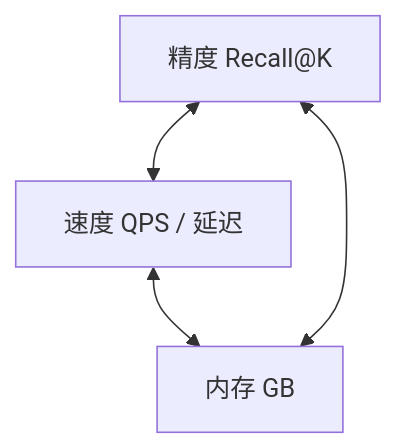
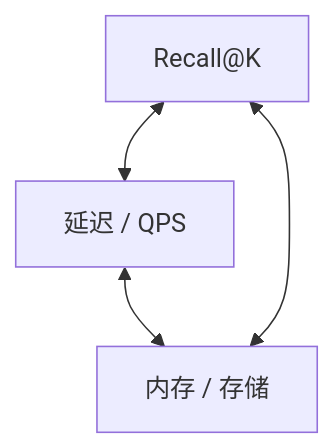
Before and after one commit to wolf-wolf/ai-tell-ai: the first of 3 diagrams in docs/algorithms/ann.md, drawn with Mermaid. The commit also changed other lines of this file and 66 other files, not shown here.

First line of the commit message:
Expand wiki corpus, coverage graph, and Obsidian doc tooling.

````diff
--- a/docs/algorithms/ann.md
+++ b/docs/algorithms/ann.md
@@ -43,9 +116,9 @@
 ```mermaid
 flowchart TB
-  R["精度 Recall@K"]
-  S["速度 QPS / 延迟"]
-  M["内存 GB"]
+  R["Recall@K"]
+  S["延迟 / QPS"]
+  M["内存 / 存储"]
   R <--> S
   S <--> M
   M <--> R
 ```
````
